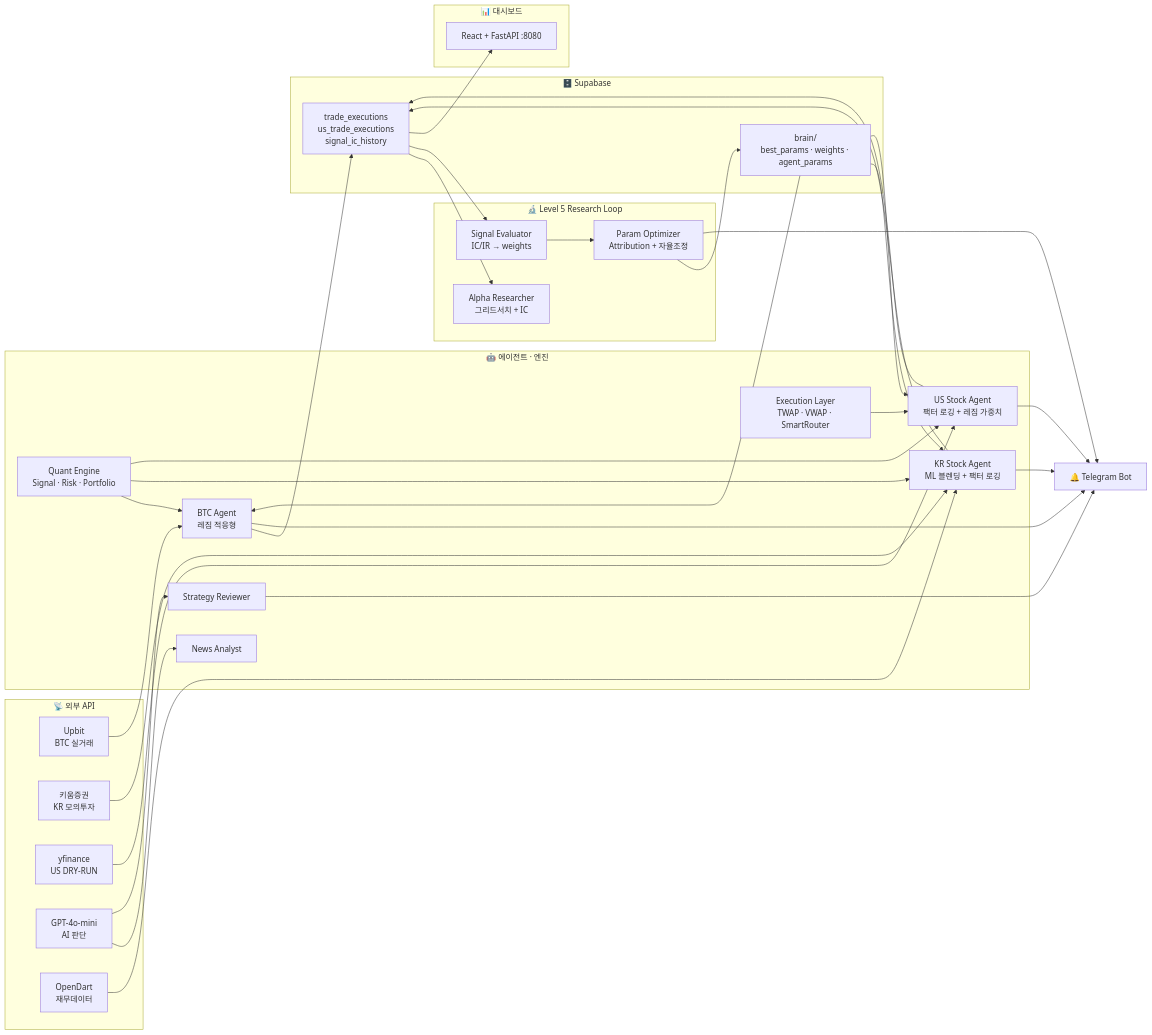
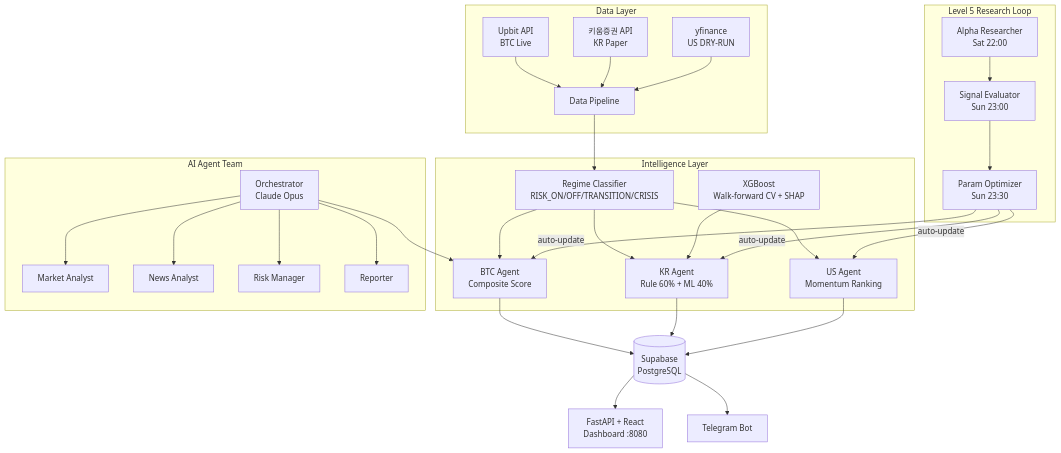
One commit to zln02/openclaw-trading changed the diagram in README.md. Above: the diagram before and after it, drawn with Mermaid. The commit also changed other lines of this file and 46 other files, not shown here.

````diff
--- a/README.md
+++ b/README.md
@@ -46,51 +233,71 @@
 ```mermaid
-flowchart LR
-    subgraph Ext["📡 외부 API"]
-        Upbit["Upbit\nBTC 실거래"]
-        Kiwoom["키움증권\nKR 모의투자"]
-        YF["yfinance\nUS DRY-RUN"]
-        GPT["GPT-4o-mini\nAI 판단"]
-        Dart["OpenDart\n재무데이터"]
-    end
+graph TB
 
-    subgraph Core["🤖 에이전트 · 엔진"]
-        BTC["BTC Agent\n레짐 적응형"]
-        KR["KR Stock Agent\nML 블렌딩 + 팩터 로깅"]
-        US["US Stock Agent\n팩터 로깅 + 레짐 가중치"]
-        News["News Analyst"]
-        Rev["Strategy Reviewer"]
-        Quant["Quant Engine\nSignal · Risk · Portfolio"]
-        Exec["Execution Layer\nTWAP · VWAP · SmartRouter"]
-    end
+subgraph "Data Layer"
 
-    subgraph Research["🔬 Level 5 Research Loop"]
-        Alpha["Alpha Researcher\n그리드서치 + IC"]
-        SigEval["Signal Evaluator\nIC/IR → weights"]
-        ParamOpt["Param Optimizer\nAttribution + 자율조정"]
-    end
+U[Upbit API
+BTC Live] --> K[Data Pipeline]
 
-    subgraph DB["🗄️ Supabase"]
-        Pos["trade_executions\nus_trade_executions\nsignal_ic_history"]
-        Brain["brain/\nbest_params · weights · agent_params"]
-    end
+KW[키움증권 API
+KR Paper] --> K
 
-    subgraph Dash["📊 대시보드"]
-        Web["React + FastAPI :8080"]
-    end
+YF[yfinance
+US DRY-RUN] --> K
 
-    TG["🔔 Telegram Bot"]
+end
 
-    Upbit --> BTC
-    Kiwoom --> KR
-    YF --> US
-    GPT --> News & Rev
-    Dart --> KR
-    Quant --> BTC & KR & US
-    Exec --> US
-    BTC & KR & US --> Pos
-    Pos --> Alpha & SigEval
-    SigEval --> ParamOpt --> Brain
-    Brain --> BTC & KR & US
-    Pos --> Web
-    BTC & KR & US & Rev & ParamOpt --> TG
+subgraph "Intelligence Layer"
+
+K --> RC[Regime Classifier
+RISK_ON/OFF/TRANSITION/CRISIS]
+
+RC --> BTC[BTC Agent
+Composite Score]
+
+RC --> KR[KR Agent
+Rule 60% + ML 40%]
+
+RC --> US[US Agent
+Momentum Ranking]
+
+ML[XGBoost
+Walk-forward CV + SHAP] --> KR
+
+end
+
+subgraph "Level 5 Research Loop"
+
+AR[Alpha Researcher
+Sat 22:00] --> SE[Signal Evaluator
+Sun 23:00]
+
+SE --> PO[Param Optimizer
+Sun 23:30]
+
+PO -->|auto-update| BTC & KR & US
+
+end
+
+subgraph "AI Agent Team"
+
+ORC[Orchestrator
+Claude Opus] --> MA[Market Analyst]
+
+ORC --> NA[News Analyst]
+
+ORC --> RM[Risk Manager]
+
+ORC --> RP[Reporter]
+
+end
+
+BTC & KR & US --> DB[(Supabase
+PostgreSQL)]
+
+DB --> DASH[FastAPI + React
+Dashboard :8080]
+
+DB --> TG[Telegram Bot]
+
+ORC --> BTC
 ```
````
